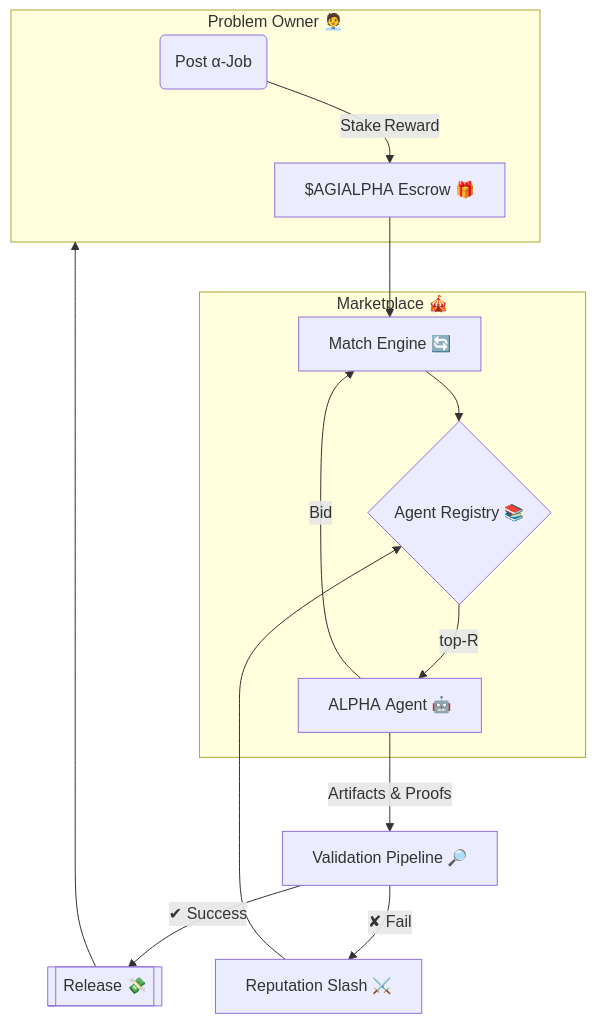
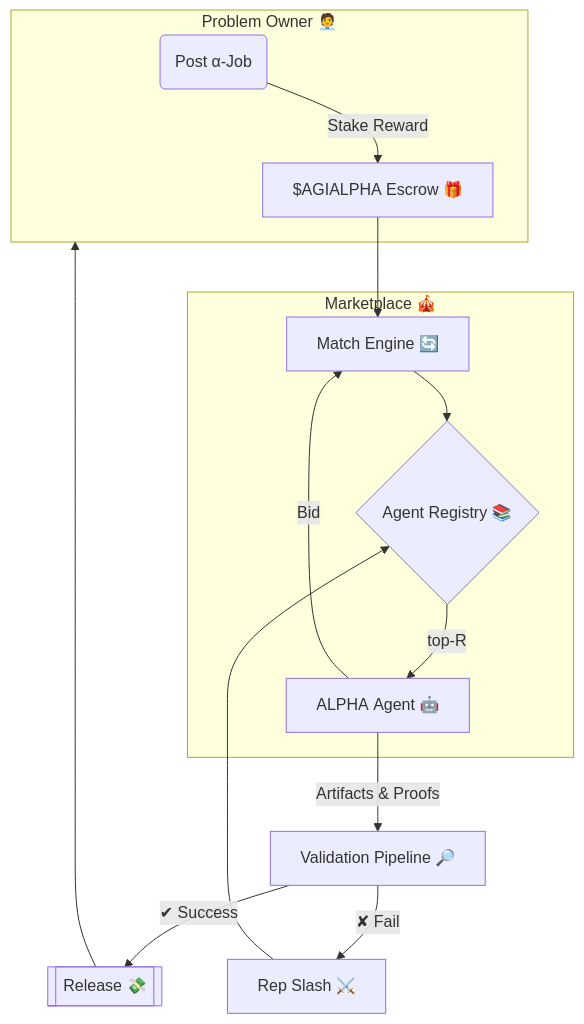
One commit to vishalbelsare/AGI-Alpha-Agent-v0 changed the diagram in alpha_factory_v1/demos/alpha_agi_marketplace_v1/README.md. Above: the diagram before and after it, drawn with Mermaid. The commit also changed other lines of this file, not shown here.

````diff
--- a/alpha_factory_v1/demos/alpha_agi_marketplace_v1/README.md
+++ b/alpha_factory_v1/demos/alpha_agi_marketplace_v1/README.md
@@ -62,21 +63,21 @@
 ```mermaid
 flowchart TB
-    subgraph Client["Problem Owner 🧑‍💼"]
+    subgraph Client["Problem Owner 🧑‍💼"]
         A(Post α‑Job)
-        A-->|Stake Reward|Esc[$AGIALPHA Escrow 🎁]
+        A-->|Stake Reward|Esc[$AGIALPHA Escrow 🎁]
     end
 
     subgraph "Marketplace 🎪"
         Esc --> Match[Match Engine 🔄]
         Match --> Reg{Agent Registry 📚}
-        Reg -->|top‑R| Agent[ALPHA Agent 🤖]
-        Agent -->|Bid| Match
+        Reg -->|top‑R| Ag[ALPHA Agent 🤖]
+        Ag -->|Bid| Match
     end
 
-    Agent -->|Artifacts & Proofs| Val[Validation Pipeline 🔎]
+    Ag -->|Artifacts & Proofs| Val[Validation Pipeline 🔎]
     Val -->|✔ Success| Pay[[Release 💸]]
-    Val -->|✘ Fail| Slash[Reputation Slash ⚔️]
+    Val -->|✘ Fail| Slash[Rep Slash ⚔️]
 
     Pay --> Client
     Slash --> Reg
 ```
````
